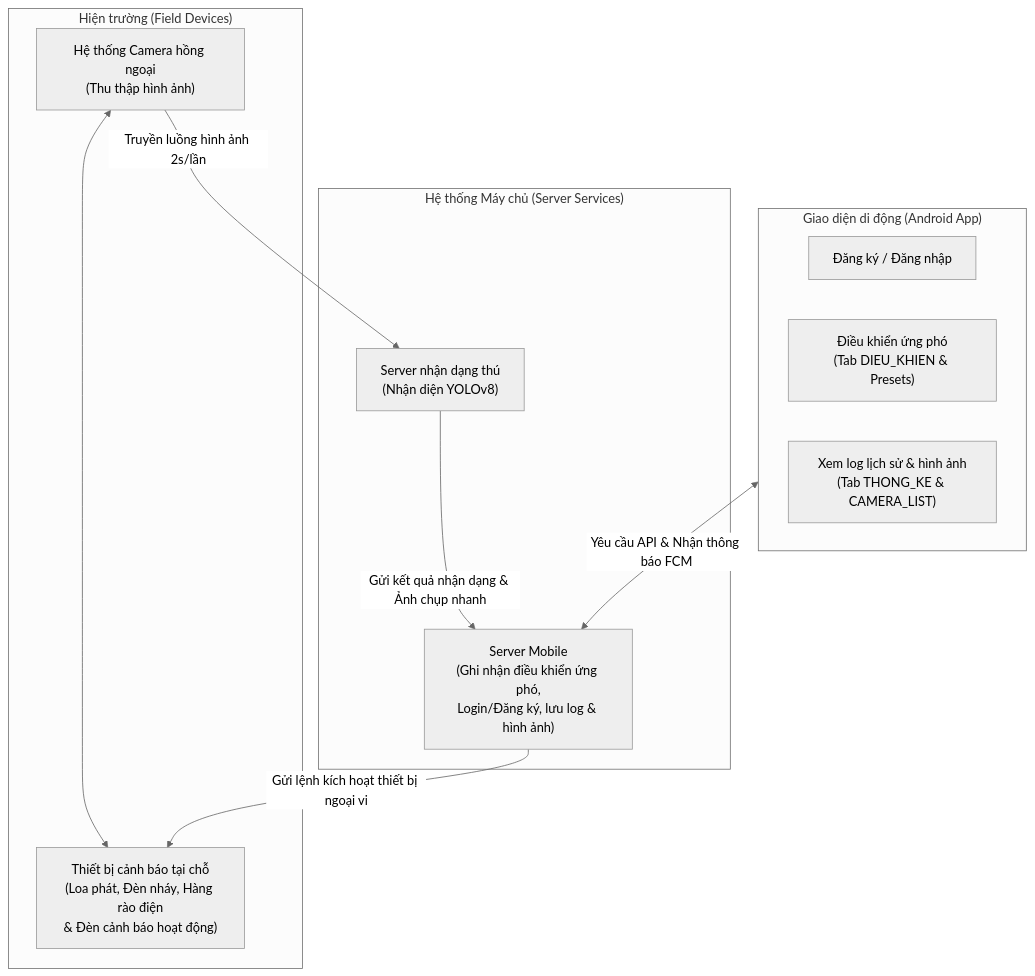
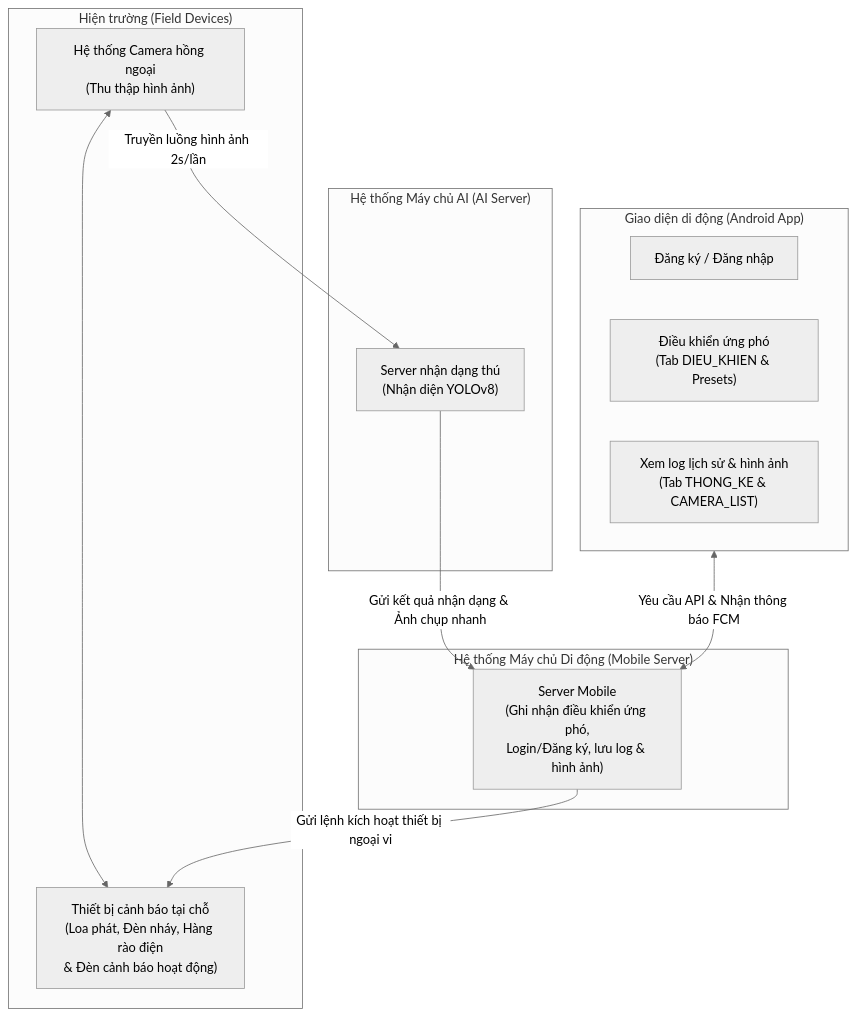
The first of 3 diagrams in outputs/de-tai-nghien-cuu-canh-bao-dong-vat.md (trungnguyenthien/Wildlife-Warning-and-Deterrence-System), drawn with Mermaid (neutral theme) before and after one commit.

Commit message:
docs: update wildlife warning and deterrence research documentation

````diff
--- a/outputs/de-tai-nghien-cuu-canh-bao-dong-vat.md
+++ b/outputs/de-tai-nghien-cuu-canh-bao-dong-vat.md
@@ -93,25 +93,28 @@
 ```mermaid
 flowchart TB
     subgraph Fields["Hiện trường (Field Devices)"]
         Cam["Hệ thống Camera hồng ngoại\n(Thu thập hình ảnh)"]
         WarningDevices["Thiết bị cảnh báo tại chỗ\n(Loa phát, Đèn nháy, Hàng rào điện\n& Đèn cảnh báo hoạt động)"]
         Cam <--> WarningDevices
     end
 
-    subgraph Backend["Hệ thống Máy chủ (Server Services)"]
+    subgraph AIServerBox["Hệ thống Máy chủ AI (AI Server)"]
         AIServer["Server nhận dạng thú\n(Nhận diện YOLOv8)"]
+    end
+
+    subgraph MobileServerBox["Hệ thống Máy chủ Di động (Mobile Server)"]
         MobileServer["Server Mobile\n(Ghi nhận điều khiển ứng phó,\nLogin/Đăng ký, lưu log & hình ảnh)"]
     end
 
     subgraph Android["Giao diện di động (Android App)"]
         AppLogin["Đăng ký / Đăng nhập"]
         AppControl["Điều khiển ứng phó\n(Tab DIEU_KHIEN & Presets)"]
         AppLog["Xem log lịch sử & hình ảnh\n(Tab THONG_KE & CAMERA_LIST)"]
     end
 
     Cam -->|Truyền luồng hình ảnh 2s/lần| AIServer
     AIServer -->|Gửi kết quả nhận dạng & Ảnh chụp nhanh| MobileServer
     MobileServer -->|Gửi lệnh kích hoạt thiết bị ngoại vi| WarningDevices
     
     Android <-->|Yêu cầu API & Nhận thông báo FCM| MobileServer
 ```
````
